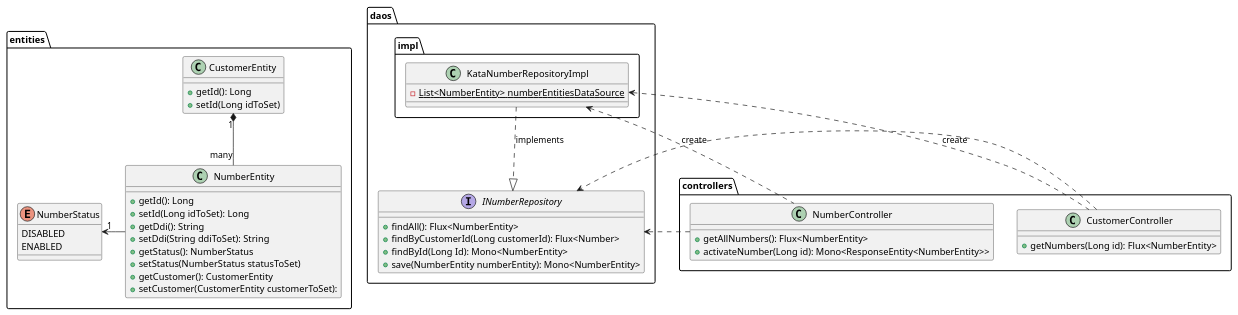
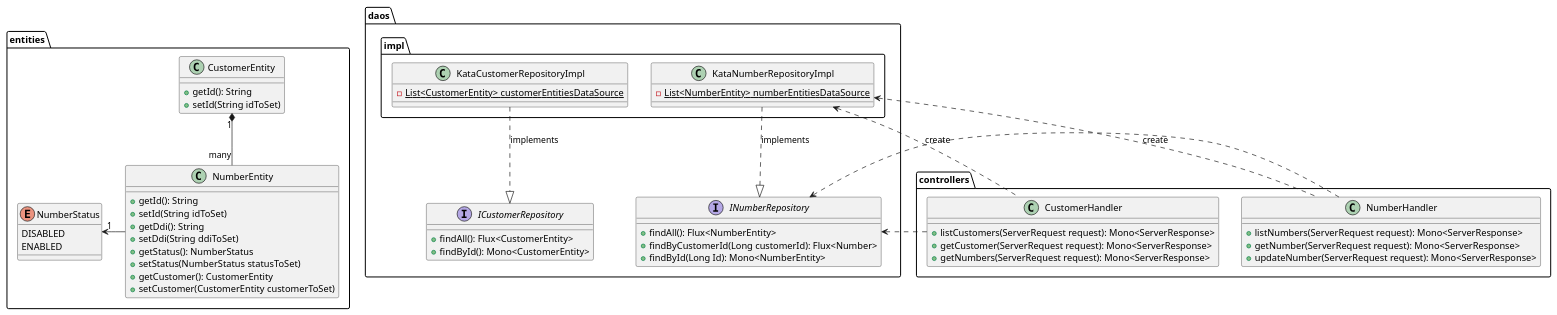
One commit to SofianeSadi/andigital-test changed the diagram in documentation/class-diagram.puml. Above: the diagram before and after it, drawn with PlantUML.

Commit message:
Refactoring - Update UML for the refactored version.

```diff
--- a/documentation/class-diagram.puml
+++ b/documentation/class-diagram.puml
@@ -1,61 +1,73 @@
 @startuml
 package entities {
     class CustomerEntity {
-        +getId(): Long
-        +setId(Long idToSet)
+        +getId(): String
+        +setId(String idToSet)
     }
 
     class NumberEntity {
-        +getId(): Long
-        +setId(Long idToSet): Long
+        +getId(): String
+        +setId(String idToSet)
         +getDdi(): String
-        +setDdi(String ddiToSet): String
+        +setDdi(String ddiToSet)
         +getStatus(): NumberStatus
         +setStatus(NumberStatus statusToSet)
         +getCustomer(): CustomerEntity
-        +setCustomer(CustomerEntity customerToSet):
+        +setCustomer(CustomerEntity customerToSet)
     }
 
     enum NumberStatus {
         DISABLED
         ENABLED
     }
 
     NumberEntity -left-> "1" NumberStatus
     CustomerEntity "1" *-- "many" NumberEntity
 }
 
 package daos {
     interface INumberRepository {
         +findAll(): Flux<NumberEntity>
         +findByCustomerId(Long customerId): Flux<Number>
         +findById(Long Id): Mono<NumberEntity>
-        +save(NumberEntity numberEntity): Mono<NumberEntity>
     }
+
+   interface ICustomerRepository {
+        +findAll(): Flux<CustomerEntity>
+        +findById(): Mono<CustomerEntity>
+   }
 
     package impl {
         class KataNumberRepositoryImpl {
             -{static} List<NumberEntity> numberEntitiesDataSource
         }
+        class KataCustomerRepositoryImpl {
+            -{static} List<CustomerEntity> customerEntitiesDataSource
+        }
     }
 
     KataNumberRepositoryImpl ..|> INumberRepository: implements
+    KataCustomerRepositoryImpl ..|> ICustomerRepository: implements
 }
 
 package controllers {
-    class NumberController {
-        +getAllNumbers(): Flux<NumberEntity>
-        +activateNumber(Long id): Mono<ResponseEntity<NumberEntity>>
+    class NumberHandler {
+        +listNumbers(ServerRequest request): Mono<ServerResponse>
+        +getNumber(ServerRequest request): Mono<ServerResponse>
+        +updateNumber(ServerRequest request): Mono<ServerResponse>
     }
-    class CustomerController {
-        +getNumbers(Long id): Flux<NumberEntity>
+
+    class CustomerHandler {
+        +listCustomers(ServerRequest request): Mono<ServerResponse>
+        +getCustomer(ServerRequest request): Mono<ServerResponse>
+        +getNumbers(ServerRequest request): Mono<ServerResponse>
     }
 }
 
-NumberController .up.> KataNumberRepositoryImpl: create
-CustomerController .up.> KataNumberRepositoryImpl: create
+NumberHandler .up.> KataNumberRepositoryImpl: create
+CustomerHandler .up.> KataNumberRepositoryImpl: create
 
-CustomerController ..> INumberRepository
-NumberController ..> INumberRepository
+CustomerHandler ..> INumberRepository
+NumberHandler ..> INumberRepository
 
 @enduml
```
